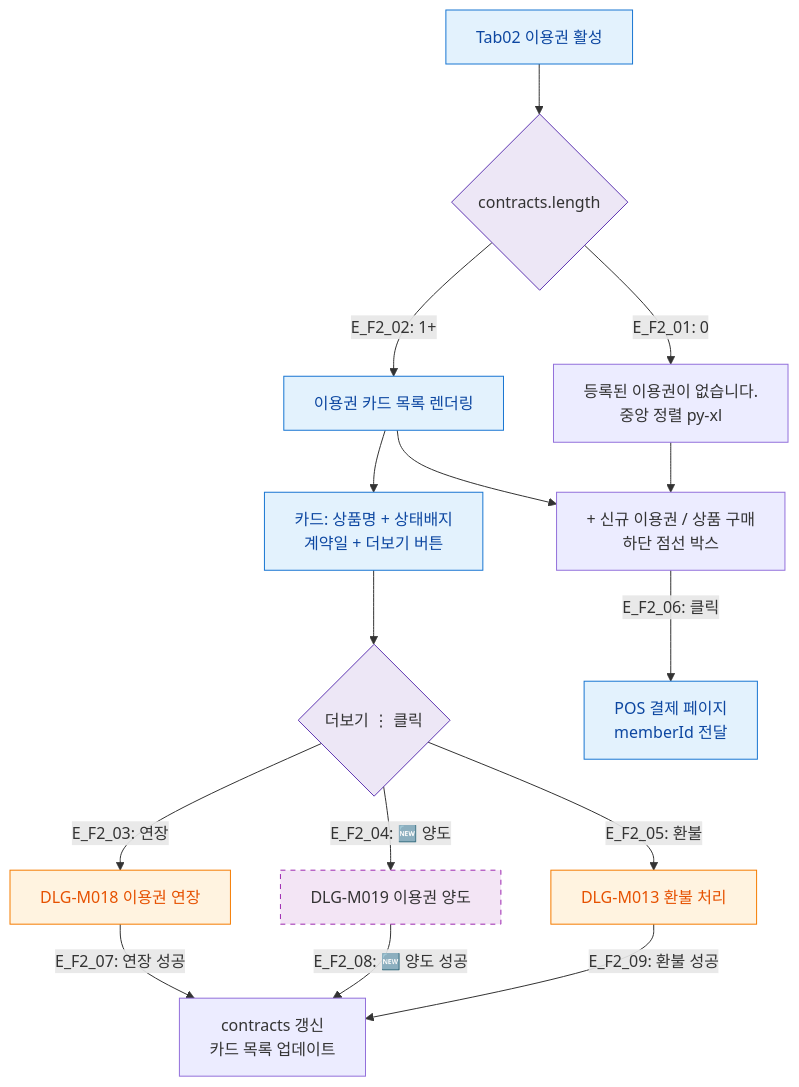
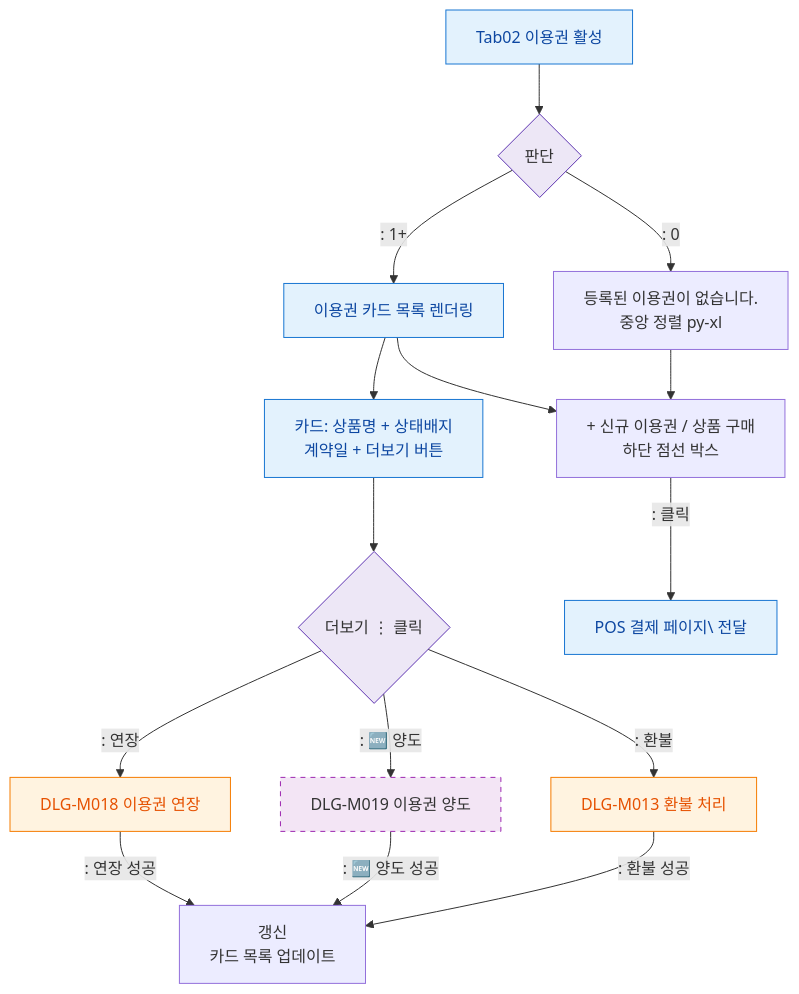
Before and after one commit to dev-spogym/admin-pando: the diagram in docs/다이어그램/D02_회원관리/SCR-M004_회원상세/Tab02_이용권/F2_메인.md, drawn with Mermaid. The commit also changed other lines of this file and 1660 other files, not shown here.

First line of the commit message:
다이어그램: 기획자/클라이언트 납품본으로 정리

````diff
--- a/docs/다이어그램/D02_회원관리/SCR-M004_회원상세/Tab02_이용권/F2_메인.md
+++ b/docs/다이어그램/D02_회원관리/SCR-M004_회원상세/Tab02_이용권/F2_메인.md
@@ -23,30 +21,30 @@
 ```mermaid
 flowchart TD
-  TAB[Tab02 이용권 활성] --> CHECK{contracts.length}
-  CHECK -->|"E_F2_01: 0"| EMPTY[등록된 이용권이 없습니다.\n중앙 정렬 py-xl]
-  CHECK -->|"E_F2_02: 1+"| CARDS[이용권 카드 목록 렌더링]
+  TAB[Tab02 이용권 활성] --> CHECK{판단}
+  CHECK -->|": 0"|EMPTY[등록된 이용권이 없습니다.\n중앙 정렬 py-xl]
+  CHECK -->|": 1+"|CARDS[이용권 카드 목록 렌더링]
 
   CARDS --> CARD[카드: 상품명 + 상태배지\n계약일 + 더보기 버튼]
   CARD --> MORE{더보기 ⋮ 클릭}
-  MORE -->|"E_F2_03: 연장"| DLG_M018[DLG-M018 이용권 연장]
-  MORE -->|"E_F2_04: 🆕 양도"| DLG_M019[DLG-M019 이용권 양도]
-  MORE -->|"E_F2_05: 환불"| DLG_M013[DLG-M013 환불 처리]
+  MORE -->|": 연장"|DLG_M018[DLG-M018 이용권 연장]
+  MORE -->|": 🆕 양도"|DLG_M019[DLG-M019 이용권 양도]
+  MORE -->|": 환불"|DLG_M013[DLG-M013 환불 처리]
 
   CARDS --> BUY_BTN[+ 신규 이용권 / 상품 구매\n하단 점선 박스]
   EMPTY --> BUY_BTN
 
-  BUY_BTN -->|"E_F2_06: 클릭"| POS[POS 결제 페이지\nmemberId 전달]
+  BUY_BTN -->|": 클릭"|POS[POS 결제 페이지\ 전달]
 
-  DLG_M018 -->|"E_F2_07: 연장 성공"| REFRESH[contracts 갱신\n카드 목록 업데이트]
-  DLG_M019 -->|"E_F2_08: 🆕 양도 성공"| REFRESH
-  DLG_M013 -->|"E_F2_09: 환불 성공"| REFRESH
+  DLG_M018 -->|": 연장 성공"|REFRESH[갱신\n카드 목록 업데이트]
+  DLG_M019 -->|": 🆕 양도 성공"|REFRESH
+  DLG_M013 -->|": 환불 성공"|REFRESH
 
   classDef screen fill:#E3F2FD,stroke:#1976D2,color:#0D47A1
   classDef modal fill:#FFF3E0,stroke:#F57C00,color:#E65100
   classDef newFeature fill:#F3E5F5,stroke:#9C27B0,stroke-dasharray:5 5
   classDef system fill:#EDE7F6,stroke:#5E35B2
   class TAB,CARDS,CARD,POS screen
   class DLG_M018,DLG_M013 modal
   class DLG_M019 newFeature
   class CHECK,MORE system
 ```
````
